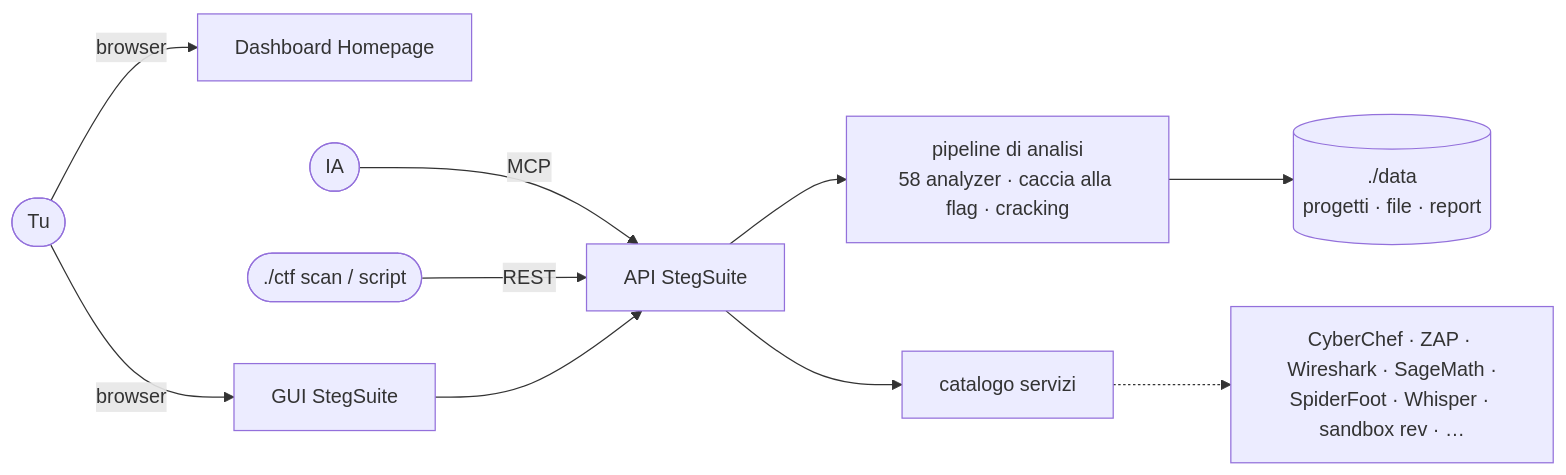
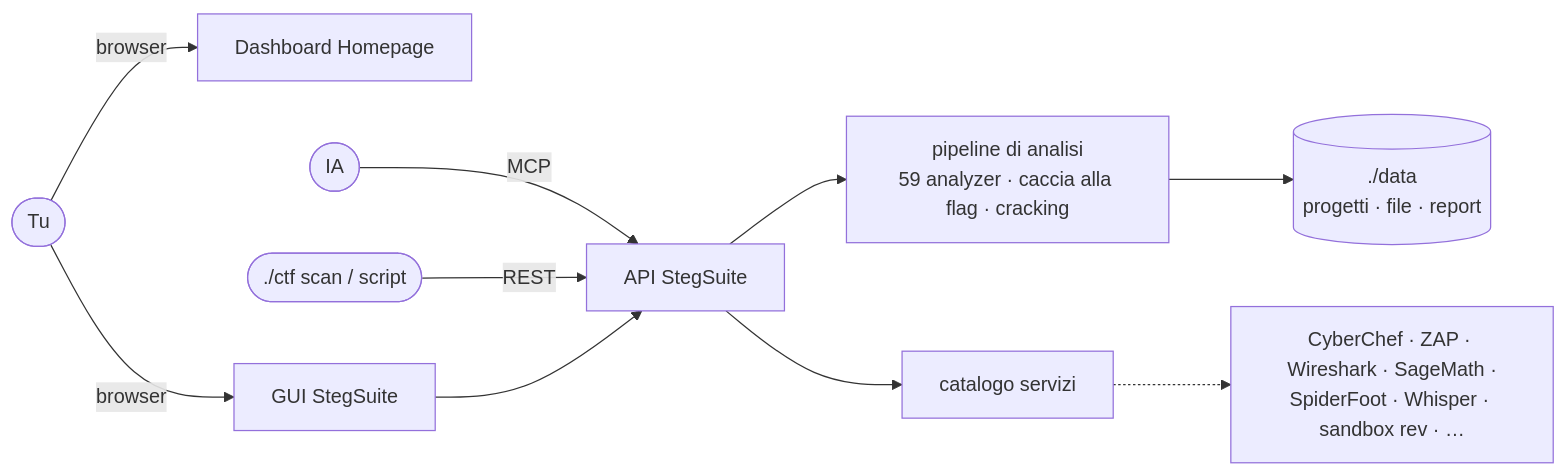
The diagram in README.it.md (dexRand/ctf-docker), drawn with Mermaid before and after one commit. The commit also changed other lines of this file and 6 other files, not shown here.

````diff
--- a/README.it.md
+++ b/README.it.md
@@ -88,12 +88,12 @@
 ```mermaid
 flowchart LR
   tu([Tu]) -->|browser| dash[Dashboard Homepage]
   tu -->|browser| ss[GUI StegSuite]
   ia([IA]) -->|MCP| api
   cli([./ctf scan / script]) -->|REST| api
   ss --> api[API StegSuite]
-  api --> pipe[pipeline di analisi<br/>58 analyzer · caccia alla flag · cracking]
+  api --> pipe[pipeline di analisi<br/>59 analyzer · caccia alla flag · cracking]
   pipe --> data[(./data<br/>progetti · file · report)]
   api --> svc[catalogo servizi]
   svc -.-> tools[CyberChef · ZAP · Wireshark · SageMath ·<br/>SpiderFoot · Whisper · sandbox rev · …]
 ```
````
